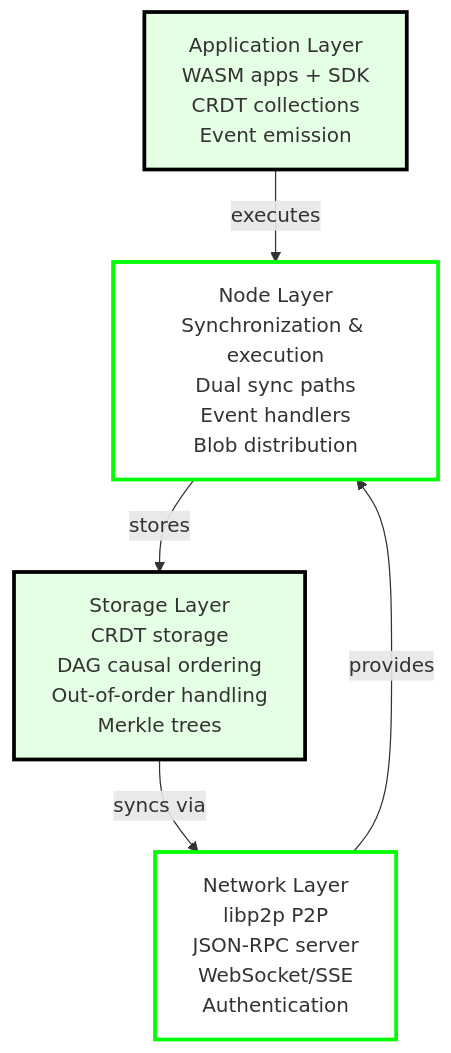
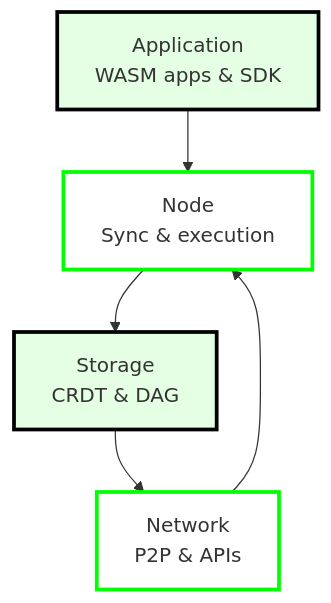
The first of 6 diagrams in docs/core-concepts/architecture.md (calimero-network/docs), drawn with Mermaid before and after one commit. The commit also changed other lines of this file and 5 other files, not shown here.

First line of the commit message:
fix: Fix Mermaid graph syntax errors and improve readability

````diff
--- a/docs/core-concepts/architecture.md
+++ b/docs/core-concepts/architecture.md
@@ -7,17 +7,17 @@
 ```mermaid
-graph TB
-    APP[Application Layer<br/>WASM apps + SDK<br/>CRDT collections<br/>Event emission]
-    NODE[Node Layer<br/>Synchronization & execution<br/>Dual sync paths<br/>Event handlers<br/>Blob distribution]
-    STORAGE[Storage Layer<br/>CRDT storage<br/>DAG causal ordering<br/>Out-of-order handling<br/>Merkle trees]
-    NETWORK[Network Layer<br/>libp2p P2P<br/>JSON-RPC server<br/>WebSocket/SSE<br/>Authentication]
+flowchart TD
+    APP[Application<br/>WASM apps & SDK]
+    NODE[Node<br/>Sync & execution]
+    STORAGE[Storage<br/>CRDT & DAG]
+    NETWORK[Network<br/>P2P & APIs]
     
-    APP -->|executes| NODE
-    NODE -->|stores| STORAGE
-    STORAGE -->|syncs via| NETWORK
-    NETWORK -->|provides| NODE
+    APP --> NODE
+    NODE --> STORAGE
+    STORAGE --> NETWORK
+    NETWORK --> NODE
     
     style APP fill:#e5ffe5,stroke:#000000,stroke-width:3px
     style NODE fill:#ffffff,stroke:#00ff00,stroke-width:3px
     style STORAGE fill:#e5ffe5,stroke:#000000,stroke-width:3px
     style NETWORK fill:#ffffff,stroke:#00ff00,stroke-width:3px
 ```
````
